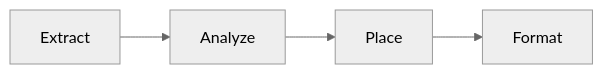
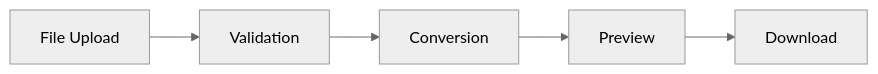
One commit to Shades-24/pdf2md-core changed the fifth of 8 diagrams in memory-bank/systemPatterns.md. Above: the diagram before and after it, drawn with Mermaid (neutral theme). The commit also changed other lines of this file and 25 other files, not shown here.

````diff
--- a/memory-bank/systemPatterns.md
+++ b/memory-bank/systemPatterns.md
@@ -110,6 +134,7 @@
    ```mermaid
    flowchart LR
-     Extract[Extract] --> Analyze[Analyze]
-     Analyze --> Place[Place]
-     Place --> Format[Format]
+     Upload[File Upload] --> Validate[Validation]
+     Validate --> Convert[Conversion]
+     Convert --> Preview[Preview]
+     Preview --> Download[Download]
    ```
````
